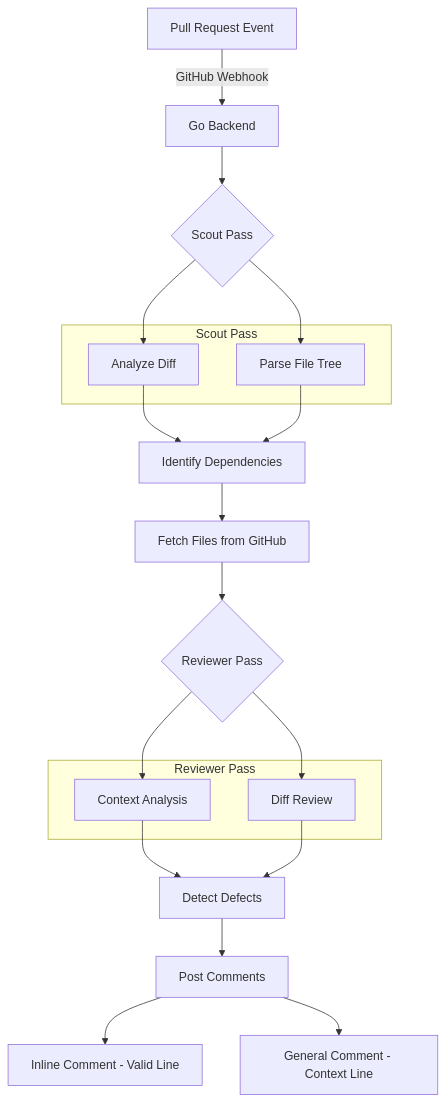
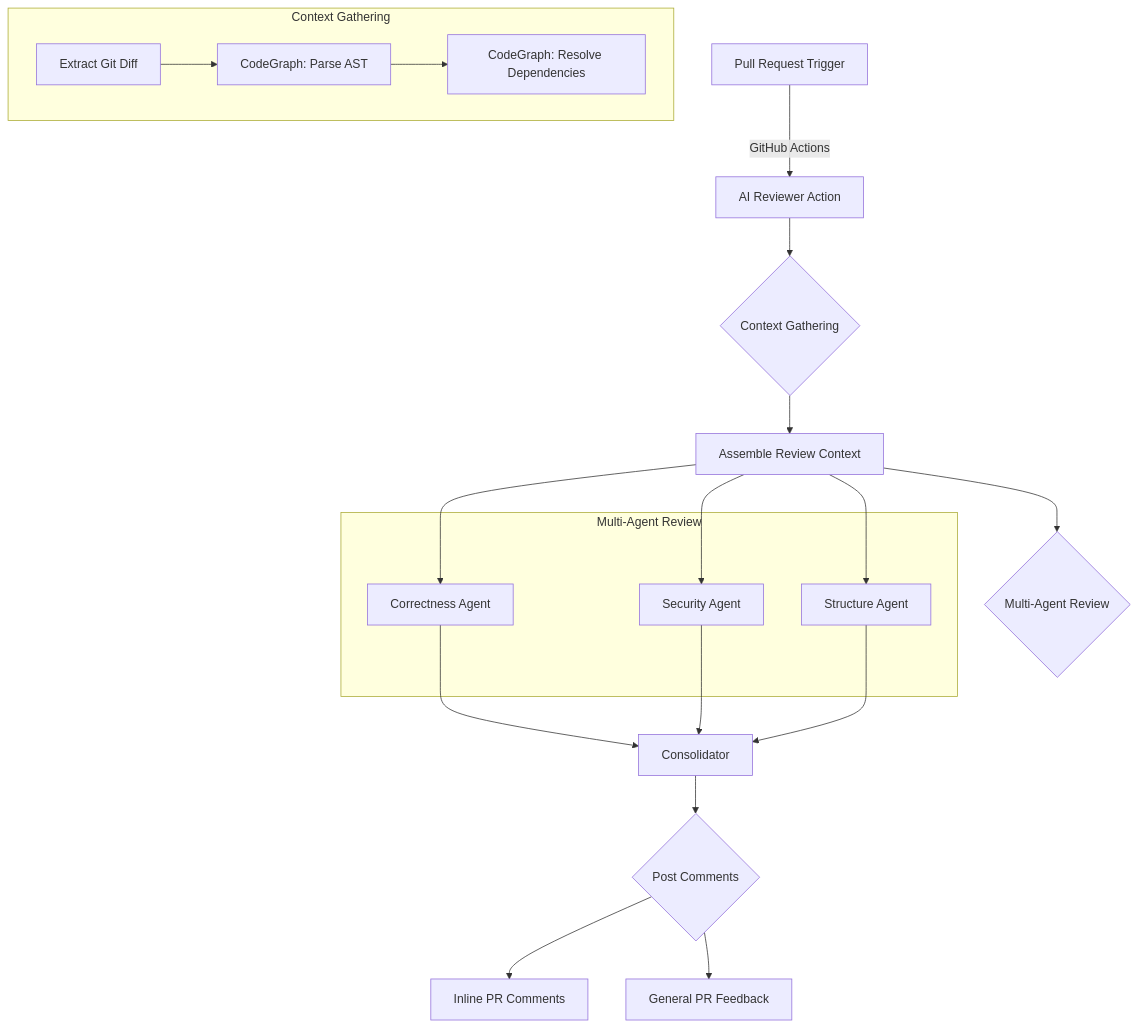
Before and after one commit to Sentinal-test/ai-code-reviewer: the diagram in README.md, drawn with Mermaid. The commit also changed other lines of this file and 4 other files, not shown here.

````diff
--- a/README.md
+++ b/README.md
@@ -7,38 +7,37 @@
 ```mermaid
 flowchart TD
-    A[Pull Request Event] -->|GitHub Webhook| B[Go Backend]
+    A[Pull Request Trigger] -->|GitHub Actions| B[AI Reviewer Action]
 
-    B --> C{Scout Pass}
+    B --> C{Context Gathering}
 
-    subgraph Scout Pass
-        C1[Analyze Diff]
-        C2[Parse File Tree]
+    subgraph Context Gathering
+        C1[Extract Git Diff]
+        C2[CodeGraph: Parse AST]
+        C3[CodeGraph: Resolve Dependencies]
+        C1 --> C2
+        C2 --> C3
     end
 
-    C --> C1
-    C --> C2
+    C --> D[Assemble Review Context]
 
-    C1 --> D[Identify Dependencies]
-    C2 --> D
+    D --> E{Multi-Agent Review}
 
-    D --> E[Fetch Files from GitHub]
-
-    E --> F{Reviewer Pass}
-
-    subgraph Reviewer Pass
-        F1[Context Analysis]
-        F2[Diff Review]
+    subgraph Multi-Agent Review
+        E1[Correctness Agent]
+        E2[Security Agent]
+        E3[Structure Agent]
     end
 
-    F --> F1
-    F --> F2
+    D --> E1
+    D --> E2
+    D --> E3
 
-    F1 --> G[Detect Defects]
-    F2 --> G
+    E1 --> F[Consolidator]
+    E2 --> F
+    E3 --> F
 
-    G --> H[Post Comments]
+    F --> G{Post Comments}
 
-    H --> I[Inline Comment - Valid Line]
-    H --> J[General Comment - Context Line]
-
+    G --> H[Inline PR Comments]
+    G --> I[General PR Feedback]
 ```
````
